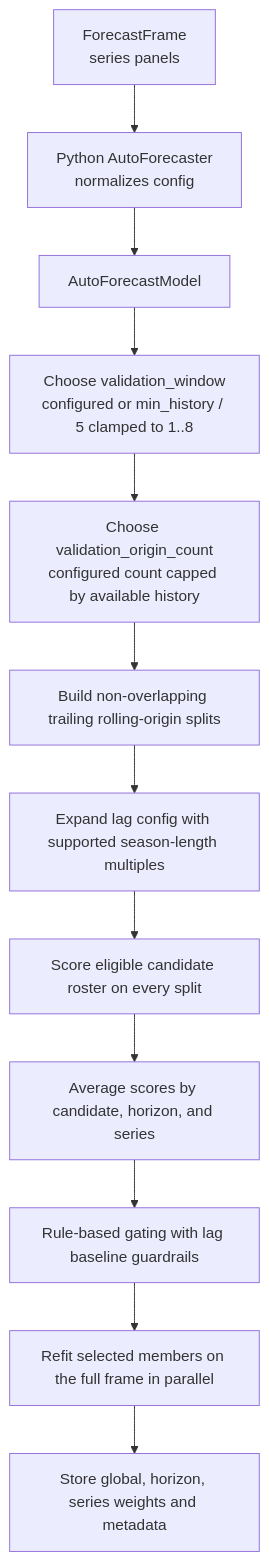
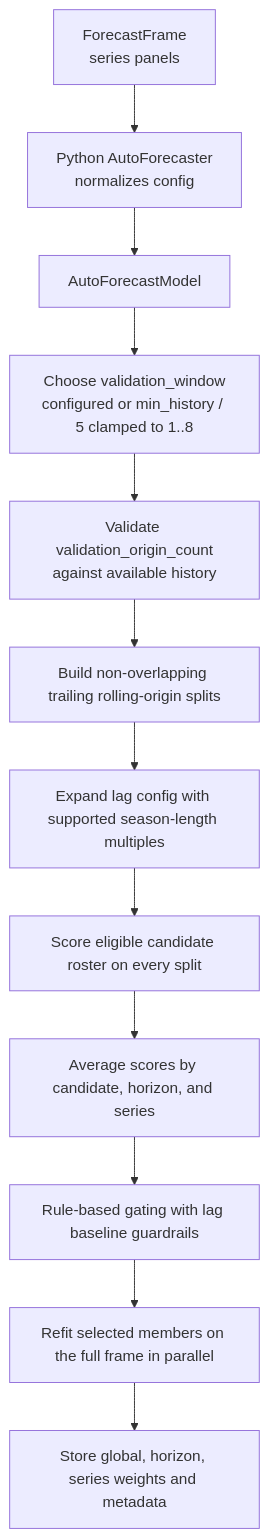
Before and after one commit to TheCulliganMan/CartoBoost: the first of 4 diagrams in docs/user-guide/forecasting-models/auto-forecaster.md, drawn with Mermaid. The commit also changed other lines of this file and 303 other files, not shown here.

````diff
--- a/docs/user-guide/forecasting-models/auto-forecaster.md
+++ b/docs/user-guide/forecasting-models/auto-forecaster.md
@@ -66,14 +66,14 @@
 ```mermaid
 flowchart TD
     A["ForecastFrame<br/>series panels"] --> B["Python AutoForecaster<br/>normalizes config"]
     B --> C["AutoForecastModel"]
     C --> D["Choose validation_window<br/>configured or min_history / 5 clamped to 1..8"]
-    D --> E["Choose validation_origin_count<br/>configured count capped by available history"]
+    D --> E["Validate validation_origin_count<br/>against available history"]
     E --> F["Build non-overlapping trailing rolling-origin splits"]
     F --> G["Expand lag config with supported season-length multiples"]
     G --> H["Score eligible candidate roster on every split"]
     H --> I["Average scores by candidate, horizon, and series"]
     I --> J["Rule-based gating with lag baseline guardrails"]
     J --> K["Refit selected members on the full frame in parallel"]
     K --> L["Store global, horizon, series weights and metadata"]
 ```
````
